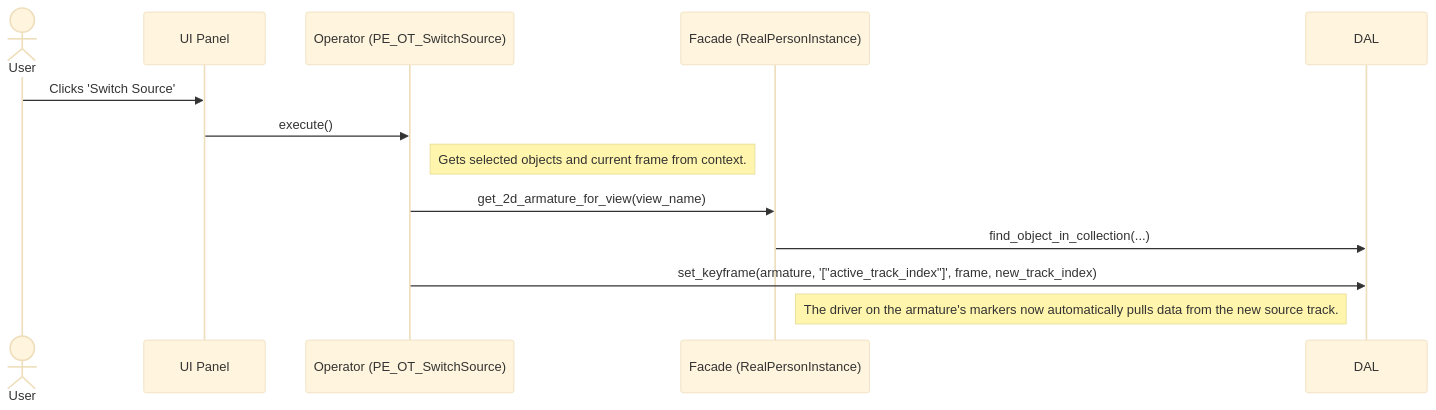
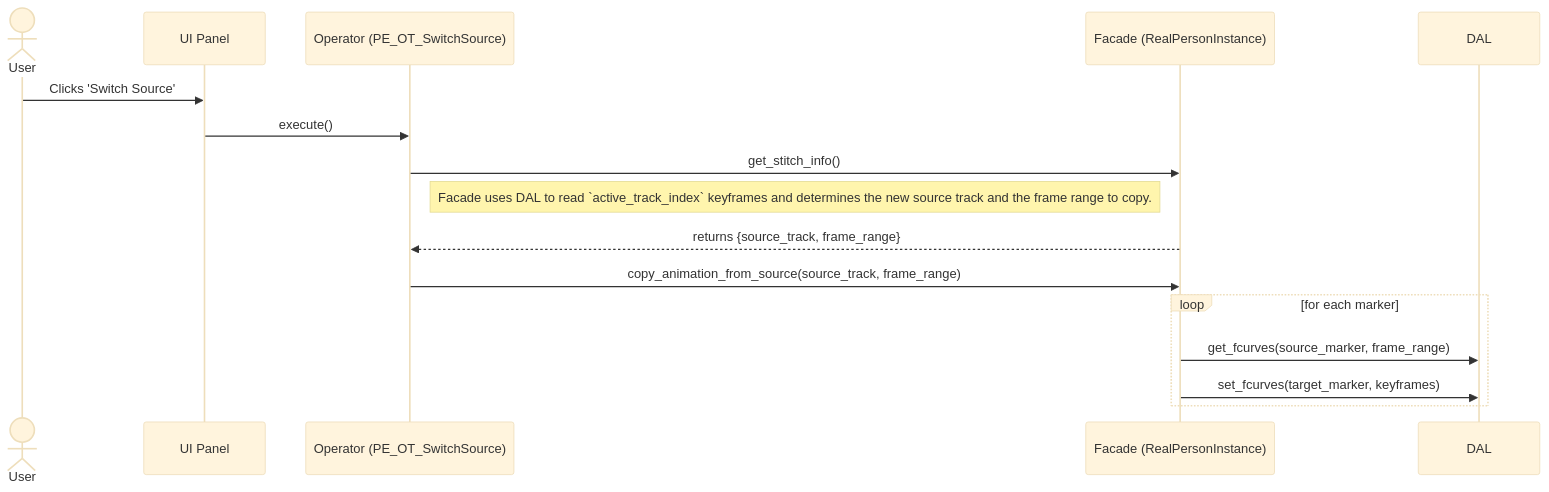
One commit to hkaimio/PoseEdit changed the fifth of 5 diagrams in impl_architecture.md. Above: the diagram before and after it, drawn with Mermaid (base theme). The commit also changed other lines of this file, not shown here.

Commit message:
design: Do not use drivers for stitching  timeline

````diff
--- a/impl_architecture.md
+++ b/impl_architecture.md
@@ -238,11 +238,14 @@
     ```mermaid
     sequenceDiagram
         actor User
         User->>UI Panel: Clicks 'Switch Source'
         UI Panel->>Operator (PE_OT_SwitchSource): execute()
-        Note right of Operator (PE_OT_SwitchSource): Gets selected objects and current frame from context.
-        Operator (PE_OT_SwitchSource)->>Facade (RealPersonInstance): get_2d_armature_for_view(view_name)
-        Facade (RealPersonInstance)->>DAL: find_object_in_collection(...)
-        Operator (PE_OT_SwitchSource)->>DAL: set_keyframe(armature, '["active_track_index"]', frame, new_track_index)
-        Note left of DAL: The driver on the armature's markers now automatically pulls data from the new source track.
+        Operator (PE_OT_SwitchSource)->>Facade (RealPersonInstance): get_stitch_info()
+        Note right of Operator (PE_OT_SwitchSource): Facade uses DAL to read `active_track_index` keyframes and determines the new source track and the frame range to copy.
+        Facade (RealPersonInstance)-->>Operator (PE_OT_SwitchSource): returns {source_track, frame_range}
+        Operator (PE_OT_SwitchSource)->>Facade (RealPersonInstance): copy_animation_from_source(source_track, frame_range)
+        loop for each marker
+            Facade (RealPersonInstance)->>DAL: get_fcurves(source_marker, frame_range)
+            Facade (RealPersonInstance)->>DAL: set_fcurves(target_marker, keyframes)
+        end
     ```
````
